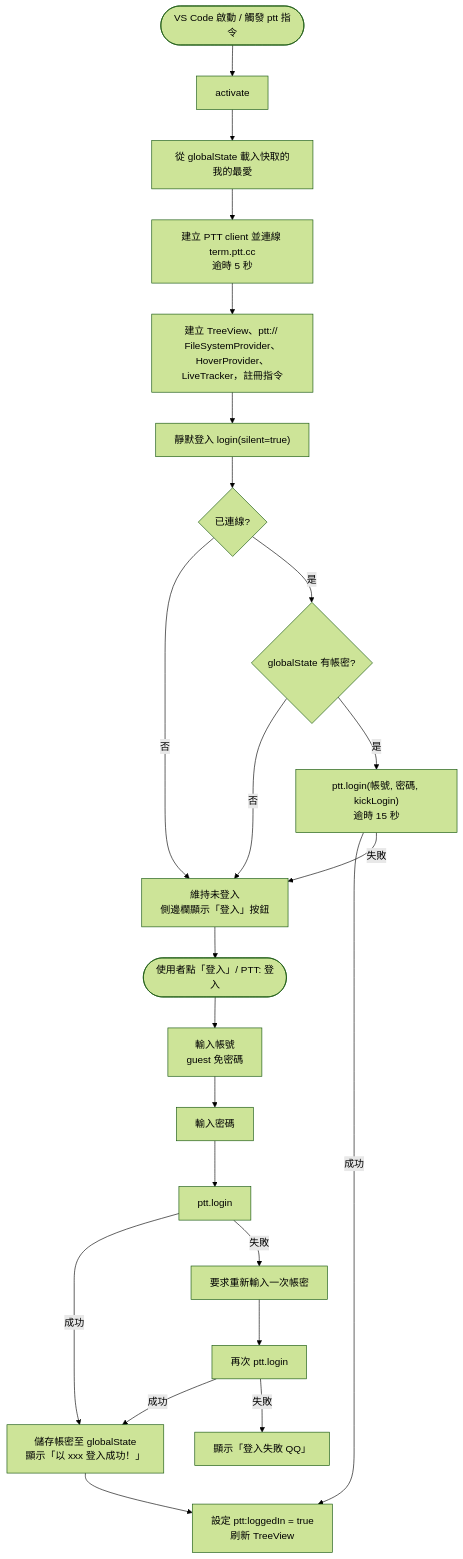
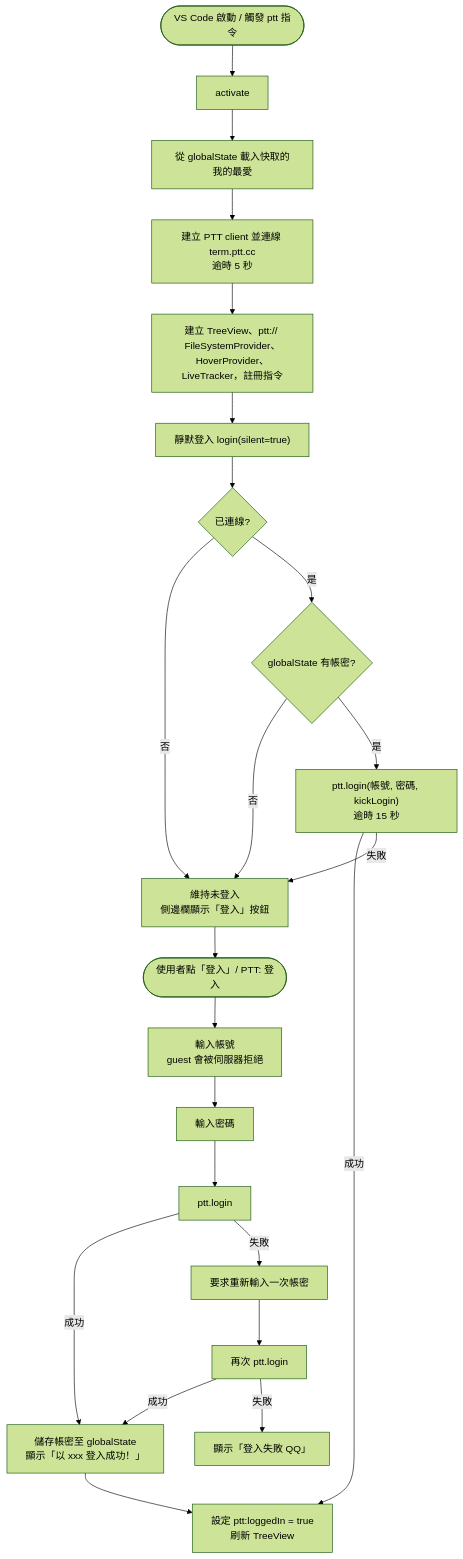
Before and after one commit to kalpy-HI/vscode-ptt: the second of 4 diagrams in docs/ARCHITECTURE.md, drawn with Mermaid (forest theme). The commit also changed other lines of this file, not shown here.

First line of the commit message:
docs: add fork install steps, note guest login is rejected by PTT

````diff
--- a/docs/ARCHITECTURE.md
+++ b/docs/ARCHITECTURE.md
@@ -37,24 +37,24 @@
 ```mermaid
 flowchart TD
   A([VS Code 啟動 / 觸發 ptt 指令]) --> B[activate]
   B --> C[從 globalState 載入快取的我的最愛]
   C --> D[建立 PTT client 並連線 term.ptt.cc<br/>逾時 5 秒]
   D --> E[建立 TreeView、ptt:// FileSystemProvider、<br/>HoverProvider、LiveTracker，註冊指令]
   E --> F["靜默登入 login(silent=true)"]
   F --> G{已連線?}
   G -- 否 --> X[維持未登入<br/>側邊欄顯示「登入」按鈕]
   G -- 是 --> H{globalState 有帳密?}
   H -- 否 --> X
   H -- 是 --> I["ptt.login(帳號, 密碼, kickLogin)<br/>逾時 15 秒"]
   I -- 成功 --> J[設定 ptt:loggedIn = true<br/>刷新 TreeView]
   I -- 失敗 --> X
 
   X --> M([使用者點「登入」/ PTT: 登入])
-  M --> N[輸入帳號<br/>guest 免密碼]
+  M --> N[輸入帳號<br/>guest 會被伺服器拒絕]
   N --> O[輸入密碼]
   O --> P[ptt.login]
   P -- 成功 --> Q[儲存帳密至 globalState<br/>顯示「以 xxx 登入成功！」] --> J
   P -- 失敗 --> R[要求重新輸入一次帳密] --> P2[再次 ptt.login]
   P2 -- 成功 --> Q
   P2 -- 失敗 --> S[顯示「登入失敗 QQ」]
 ```
````
